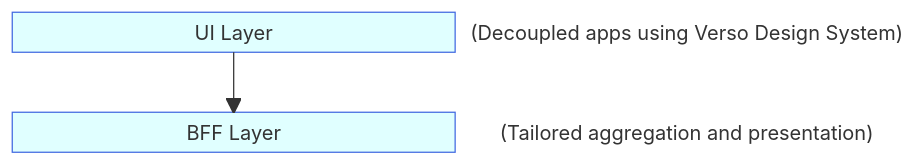
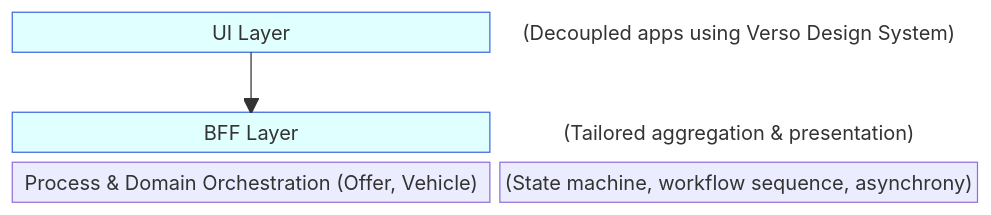
Before and after one commit to joe-dorward/samples: the diagram in blocks_v2.1.md, drawn with Mermaid.

````diff
--- a/blocks_v2.1.md
+++ b/blocks_v2.1.md
@@ -2,27 +2,30 @@
 ```mermaid
   block
   columns 2
 
   %% ---------- ---------- ---------- ---------- ---------- ---------- ---------- ---------- ---------- ----------
     BLOCK_01["UI Layer"]:1
     BLOCK_01_NOTE["(Decoupled apps using Verso Design System)"]
     space:2
   %% ---------- ---------- ---------- ---------- ---------- ---------- ---------- ---------- ---------- ----------
     BLOCK_02["BFF Layer"]:1
-    BLOCK_02_NOTE["(Tailored aggregation and presentation)"]
+    BLOCK_02_NOTE["(Tailored aggregation &amp; presentation)"]
+  %% ---------- ---------- ---------- ---------- ---------- ---------- ---------- ---------- ---------- ----------
+    BLOCK_03["Process &amp; Domain Orchestration (Offer, Vehicle)"]:1
+    BLOCK_03_NOTE["(State machine, workflow sequence, asynchrony)"]
   %% ---------- ---------- ---------- ---------- ---------- ---------- ---------- ---------- ---------- ----------
 
 
-
-    BLOCK_01-->BLOCK_02
+  BLOCK_01-->
+  BLOCK_02
 
 
   %% ---------- ---------- ---------- ---------- ---------- ---------- ---------- ---------- ---------- ----------
   %% define styles
   style BLOCK_01 fill:lightcyan, stroke:royalblue, color:royalblue;
   style BLOCK_02 fill:lightcyan, stroke:royalblue, color:royalblue;
 
   style BLOCK_01_NOTE fill:transparent, stroke:white, text-align:left;
   style BLOCK_02_NOTE fill:transparent, stroke:white, text-align:left;
 
 ```
````
